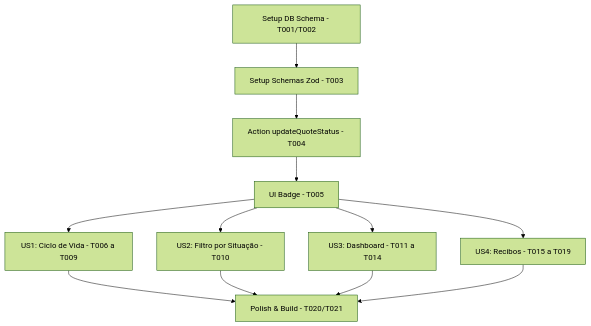
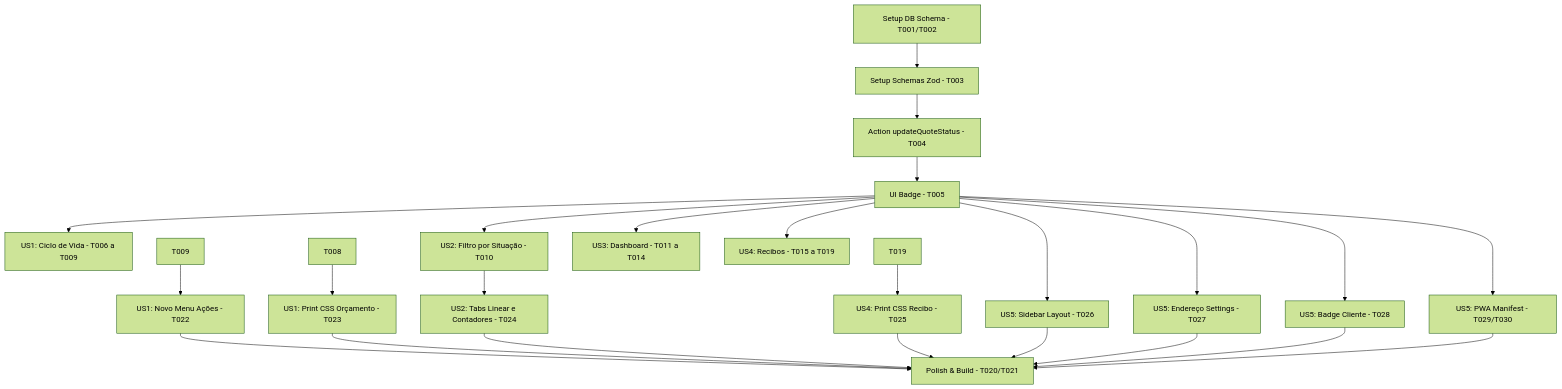
One commit to jpsoul-dev/orcafacil changed the diagram in specs/001-budget-lifecycle-dashboard/tasks.md. Above: the diagram before and after it, drawn with Mermaid (forest theme). The commit also changed other lines of this file and 5 other files, not shown here.

````diff
--- a/specs/001-budget-lifecycle-dashboard/tasks.md
+++ b/specs/001-budget-lifecycle-dashboard/tasks.md
@@ -99,14 +121,27 @@
 ```mermaid
 graph TD
     T001[Setup DB Schema - T001/T002] --> T003[Setup Schemas Zod - T003]
     T003 --> T004[Action updateQuoteStatus - T004]
     T004 --> T005[UI Badge - T005]
     T005 --> T006[US1: Ciclo de Vida - T006 a T009]
+    T009 --> T022[US1: Novo Menu Ações - T022]
+    T008 --> T023[US1: Print CSS Orçamento - T023]
     T005 --> T010[US2: Filtro por Situação - T010]
+    T010 --> T024[US2: Tabs Linear e Contadores - T024]
     T005 --> T011[US3: Dashboard - T011 a T014]
     T005 --> T015[US4: Recibos - T015 a T019]
-    T006 --> T020[Polish & Build - T020/T021]
-    T010 --> T020
-    T011 --> T020
-    T015 --> T020
+    T019 --> T025[US4: Print CSS Recibo - T025]
+    T005 --> T026[US5: Sidebar Layout - T026]
+    T005 --> T027[US5: Endereço Settings - T027]
+    T005 --> T028[US5: Badge Cliente - T028]
+    T005 --> T029[US5: PWA Manifest - T029/T030]
+    
+    T022 --> T020[Polish & Build - T020/T021]
+    T023 --> T020
+    T024 --> T020
+    T025 --> T020
+    T026 --> T020
+    T027 --> T020
+    T028 --> T020
+    T029 --> T020
 ```
````
